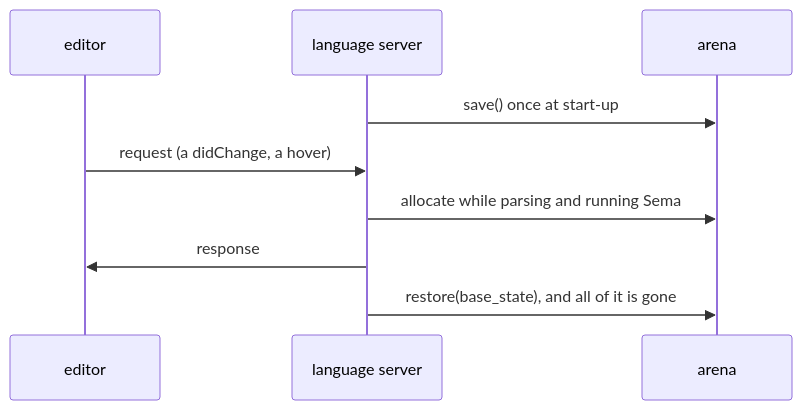
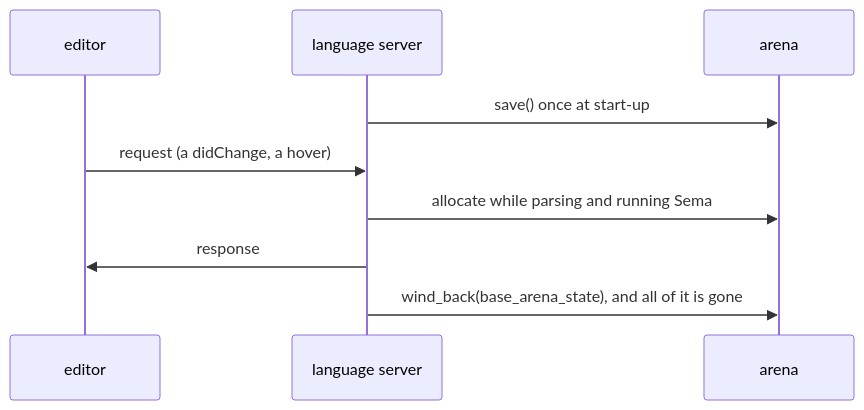
Before and after one commit to kansosystem-org/kspl-experimental: the first of 5 diagrams in ksplc/docs/DESIGN-tools.md, drawn with Mermaid. The commit also changed other lines of this file and 310 other files, not shown here.

````diff
--- a/ksplc/docs/DESIGN-tools.md
+++ b/ksplc/docs/DESIGN-tools.md
@@ -13,11 +13,11 @@
 ```mermaid
 sequenceDiagram
     participant E as editor
     participant S as language server
     participant A as arena
     S->>A: save() once at start-up
     E->>S: request (a didChange, a hover)
     S->>A: allocate while parsing and running Sema
     S->>E: response
-    S->>A: restore(base_state), and all of it is gone
+    S->>A: wind_back(base_arena_state), and all of it is gone
 ```
````
